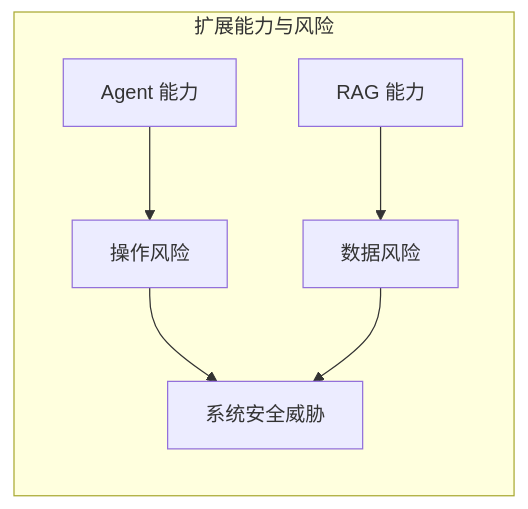
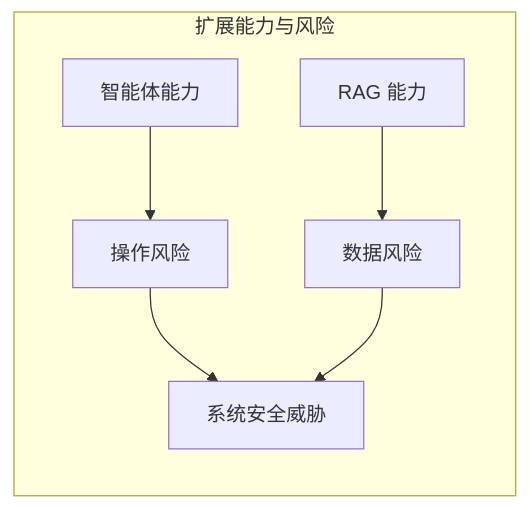
Before and after one commit to yeasy/ai_security_guide: the diagram in 07_agent_rag_security/README.md, drawn with Mermaid. The commit also changed other lines of this file and 74 other files, not shown here.

````diff
--- a/07_agent_rag_security/README.md
+++ b/07_agent_rag_security/README.md
@@ -14,9 +14,9 @@
 ```mermaid
 flowchart LR
     subgraph "扩展能力与风险"
-    A["Agent 能力"] --> C["操作风险"]
+    A["智能体能力"] --> C["操作风险"]
     B["RAG 能力"] --> D["数据风险"]
     C --> E["系统安全威胁"]
     D --> E
     end
 ```
````
